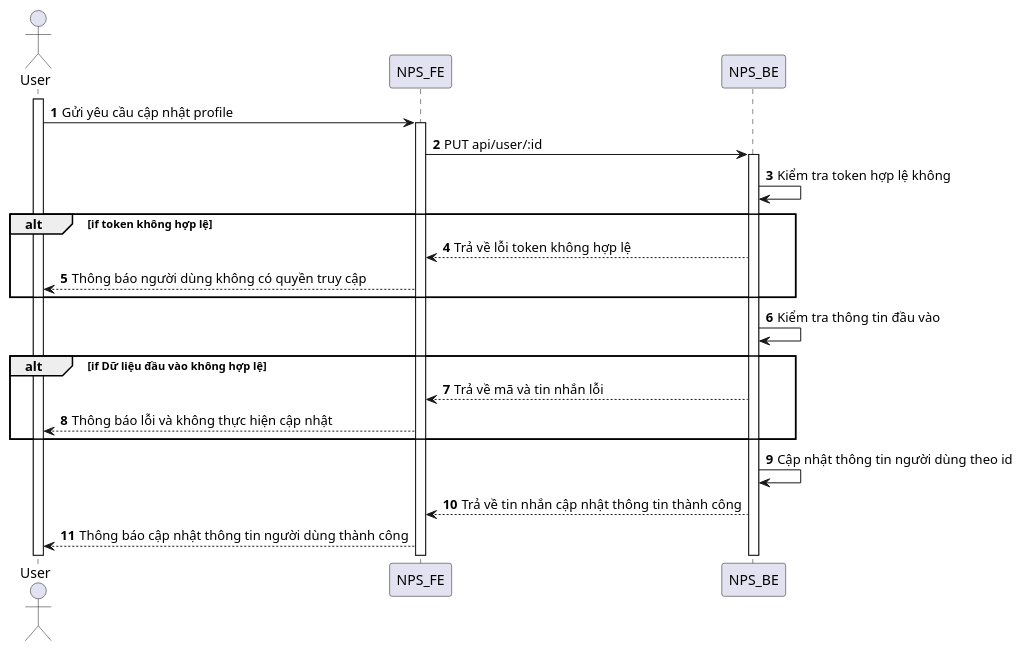
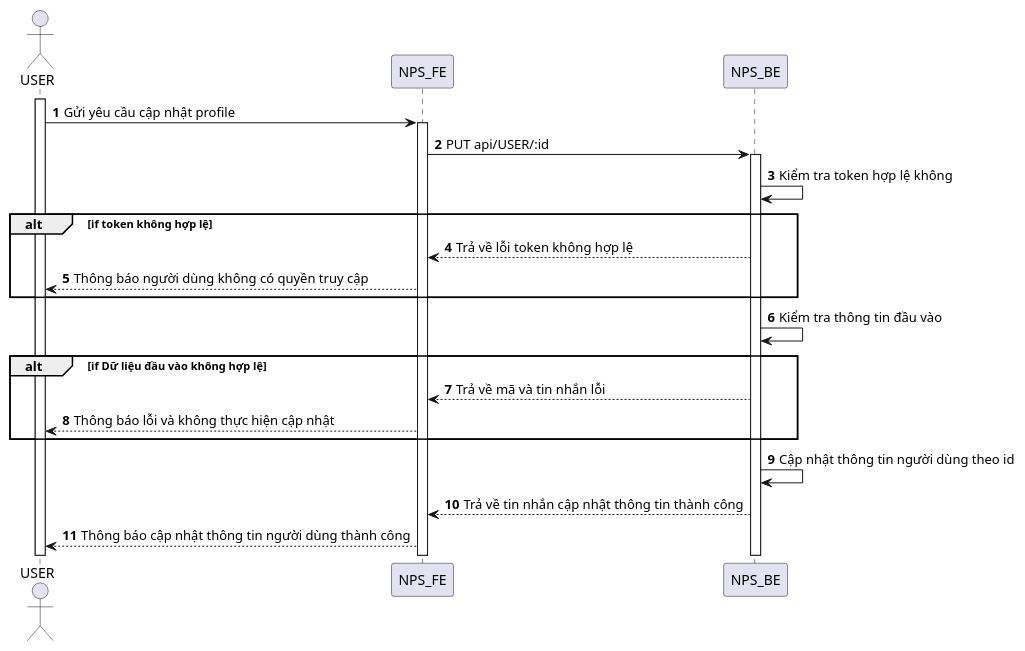
One commit to congdanh0101/fast-food changed the diagram in SequenceDiagram/User/update-profile.puml. Above: the diagram before and after it, drawn with PlantUML. The commit also changed 144 other files, not shown here.

Commit message:
update seq diagram

```diff
--- a/SequenceDiagram/User/update-profile.puml
+++ b/SequenceDiagram/User/update-profile.puml
@@ -1,25 +1,25 @@
 @startuml
 autonumber
-actor User
-activate User
-User -> NPS_FE: Gửi yêu cầu cập nhật profile
+actor USER
+activate USER
+USER -> NPS_FE: Gửi yêu cầu cập nhật profile
 activate NPS_FE
-NPS_FE -> NPS_BE: PUT api/user/:id
+NPS_FE -> NPS_BE: PUT api/USER/:id
 activate NPS_BE
 NPS_BE -> NPS_BE: Kiểm tra token hợp lệ không
 
 alt if token không hợp lệ
 NPS_BE --> NPS_FE: Trả về lỗi token không hợp lệ
-NPS_FE --> User: Thông báo người dùng không có quyền truy cập
+NPS_FE --> USER: Thông báo người dùng không có quyền truy cập
 end
 
 NPS_BE -> NPS_BE:Kiểm tra thông tin đầu vào
 alt if Dữ liệu đầu vào không hợp lệ
 NPS_BE --> NPS_FE: Trả về mã và tin nhắn lỗi
-NPS_FE --> User: Thông báo lỗi và không thực hiện cập nhật
+NPS_FE --> USER: Thông báo lỗi và không thực hiện cập nhật
 end alt
 
 NPS_BE -> NPS_BE: Cập nhật thông tin người dùng theo id
 NPS_BE --> NPS_FE: Trả về tin nhắn cập nhật thông tin thành công
-NPS_FE --> User: Thông báo cập nhật thông tin người dùng thành công
+NPS_FE --> USER: Thông báo cập nhật thông tin người dùng thành công
 @enduml
```
